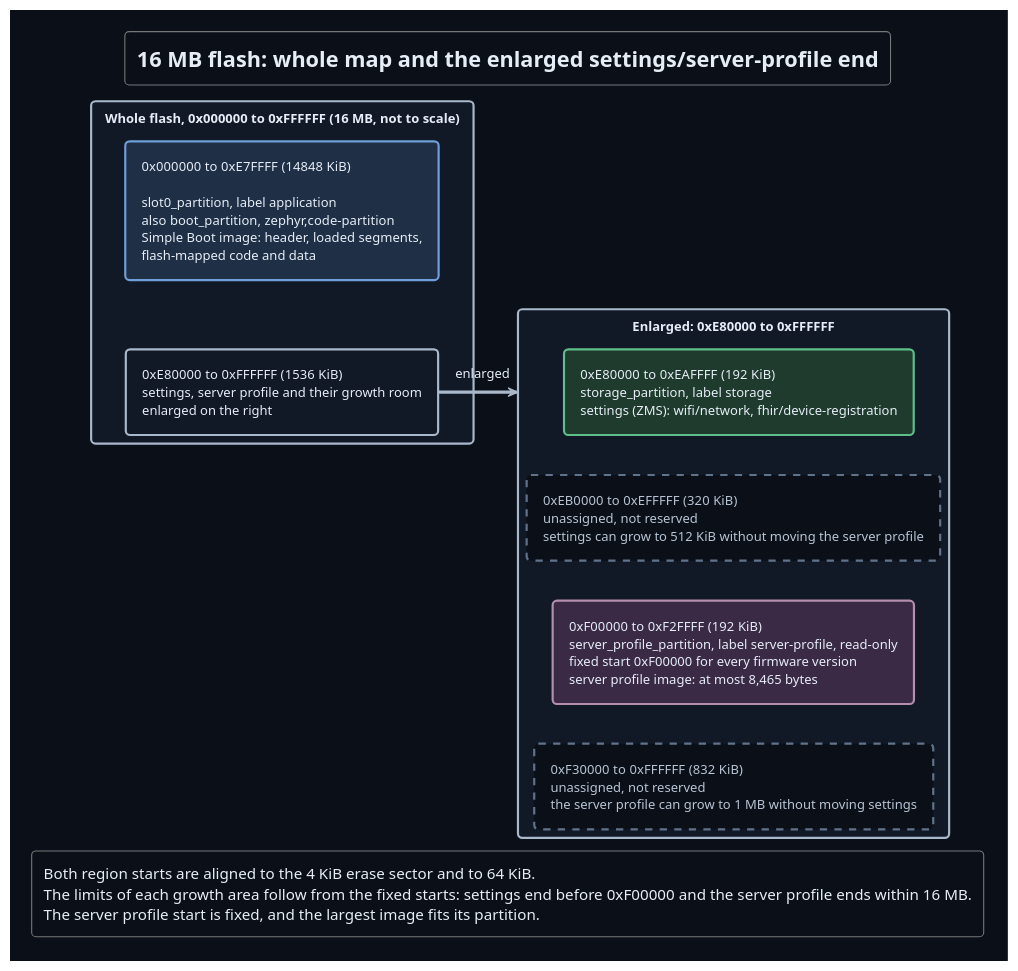
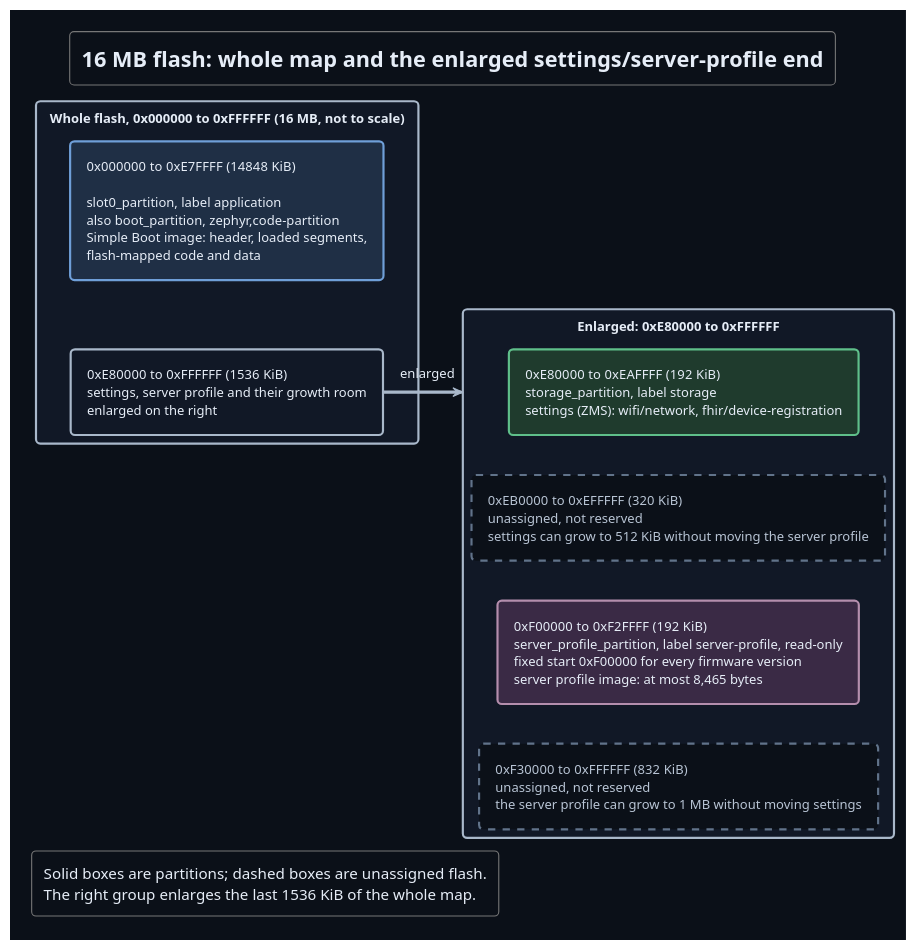
The diagram in Development/system/design/STORAGE/puml/flash-layout.puml (DemonicPsychoII/DigitalStethoscope), drawn with PlantUML before and after one commit. The commit also changed 107 other files, not shown here.

```diff
--- a/Development/system/design/STORAGE/puml/flash-layout.puml
+++ b/Development/system/design/STORAGE/puml/flash-layout.puml
@@ -1,49 +1,48 @@
 @startuml flash_layout
 !theme cyborg
 !pragma layout smetana
 skinparam shadowing false
 skinparam defaultFontName SansSerif
 skinparam backgroundColor #0b1018
 skinparam defaultFontColor #e6edf7
 skinparam ArrowColor #a9b8ca
 skinparam rectangle {
  BackgroundColor #111826
  BorderColor #a9b8ca
  BackgroundColor<<application>> #1f2f45
  BorderColor<<application>> #6f9fd8
  BackgroundColor<<settings>> #1f3b2d
  BorderColor<<settings>> #5fbf8a
  BackgroundColor<<profile>> #3a2a45
  BorderColor<<profile>> #b48ead
  BackgroundColor<<unassigned>> #0b1018
  BorderColor<<unassigned>> #61738a
  FontColor<<unassigned>> #b8c4d4
  BorderStyle<<unassigned>> dashed
 }
 hide stereotype
 title 16 MB flash: whole map and the enlarged settings/server-profile end
 
 rectangle "Whole flash, 0x000000 to 0xFFFFFF (16 MB, not to scale)" as Whole {
  rectangle "0x000000 to 0xE7FFFF  (14848 KiB)\n\nslot0_partition, label application\nalso boot_partition, zephyr,code-partition\nSimple Boot image: header, loaded segments,\nflash-mapped code and data" as Application <<application>>
  rectangle "0xE80000 to 0xFFFFFF  (1536 KiB)\nsettings, server profile and their growth room\nenlarged on the right" as End
  Application -[hidden]down- End
 }
 
 rectangle "Enlarged: 0xE80000 to 0xFFFFFF" as Zoom {
  rectangle "0xE80000 to 0xEAFFFF  (192 KiB)\nstorage_partition, label storage\nsettings (ZMS): wifi/network, fhir/device-registration" as Settings <<settings>>
  rectangle "0xEB0000 to 0xEFFFFF  (320 KiB)\nunassigned, not reserved\nsettings can grow to 512 KiB without moving the server profile" as SettingsGrowth <<unassigned>>
  rectangle "0xF00000 to 0xF2FFFF  (192 KiB)\nserver_profile_partition, label server-profile, read-only\nfixed start 0xF00000 for every firmware version\nserver profile image: at most 8,465 bytes" as Profile <<profile>>
  rectangle "0xF30000 to 0xFFFFFF  (832 KiB)\nunassigned, not reserved\nthe server profile can grow to 1 MB without moving settings" as ProfileGrowth <<unassigned>>
  Settings -[hidden]down- SettingsGrowth
  SettingsGrowth -[hidden]down- Profile
  Profile -[hidden]down- ProfileGrowth
 }
 
 End -right-> Zoom : enlarged
 
 legend bottom left
- Both region starts are aligned to the 4 KiB erase sector and to 64 KiB.
- The limits of each growth area follow from the fixed starts: settings end before 0xF00000 and the server profile ends within 16 MB.
- The server profile start is fixed, and the largest image fits its partition.
+ Solid boxes are partitions; dashed boxes are unassigned flash.
+ The right group enlarges the last 1536 KiB of the whole map.
 endlegend
 @enduml
```
